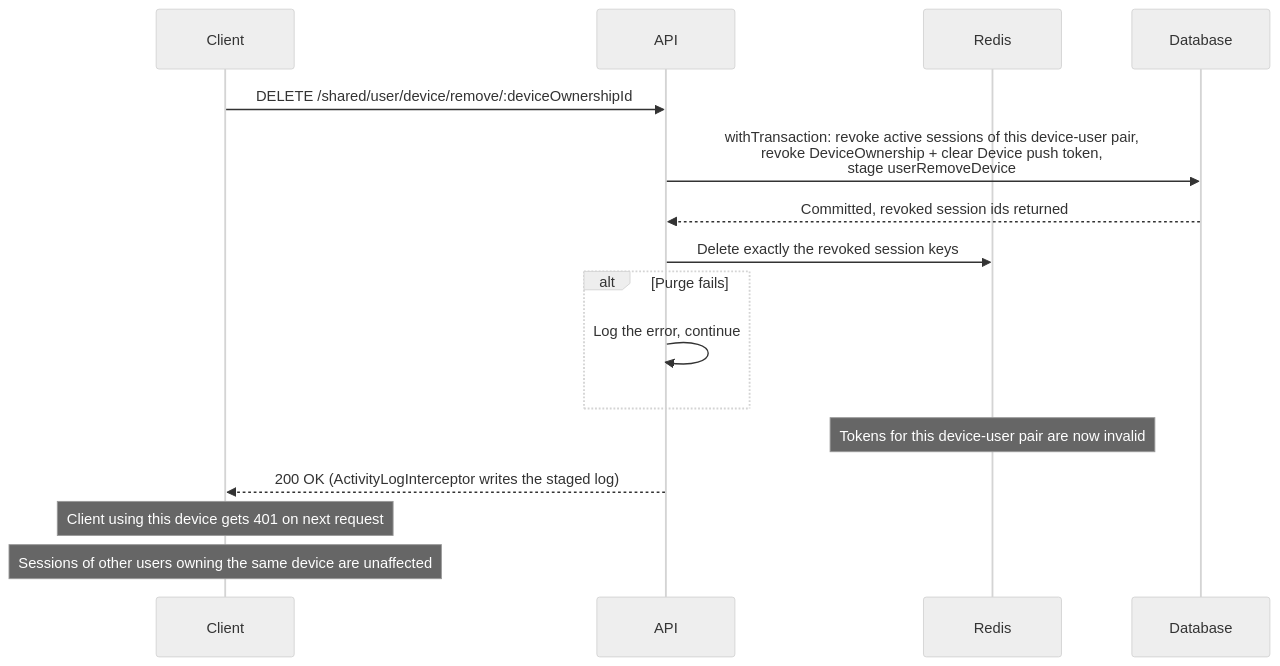
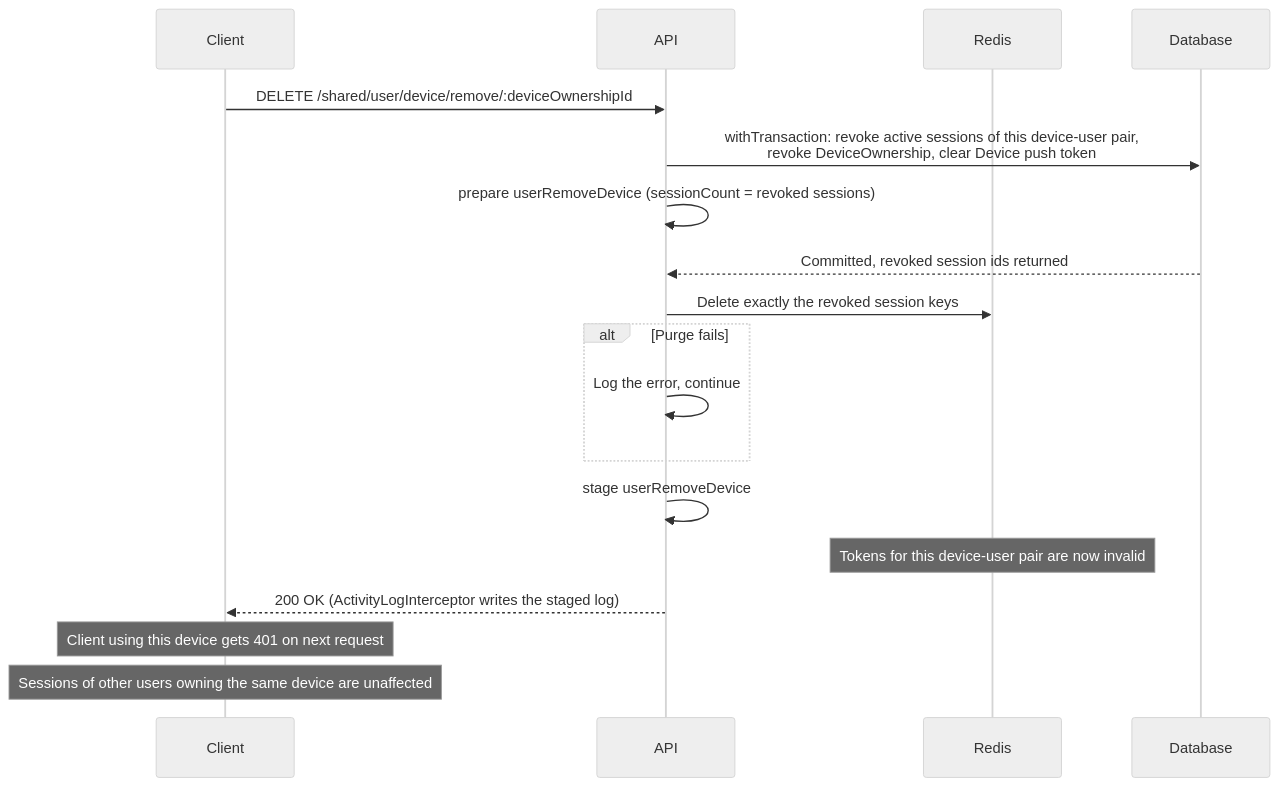
The diagram in docs/device.md (andrechristikan/ack-nestjs-boilerplate), drawn with Mermaid (neutral theme) before and after one commit. The commit also changed other lines of this file and 141 other files, not shown here.

Commit message:
refactor: Harden session revoke order, repository transactions and device ownership

````diff
--- a/docs/device.md
+++ b/docs/device.md
@@ -107,19 +112,21 @@
 ```mermaid
 sequenceDiagram
     participant Client
     participant API
     participant Redis
     participant Database
 
     Client->>API: DELETE /shared/user/device/remove/:deviceOwnershipId
-    API->>Database: withTransaction: revoke active sessions of this device-user pair,<br/>revoke DeviceOwnership + clear Device push token,<br/>stage userRemoveDevice
+    API->>Database: withTransaction: revoke active sessions of this device-user pair,<br/>revoke DeviceOwnership, clear Device push token
+    API->>API: prepare userRemoveDevice (sessionCount = revoked sessions)
     Database-->>API: Committed, revoked session ids returned
     API->>Redis: Delete exactly the revoked session keys
     alt Purge fails
         API->>API: Log the error, continue
     end
+    API->>API: stage userRemoveDevice
     Note over Redis: Tokens for this device-user pair are now invalid
     API-->>Client: 200 OK (ActivityLogInterceptor writes the staged log)
     Note over Client: Client using this device gets 401 on next request
     Note over Client: Sessions of other users owning the same device are unaffected
 ```
````
